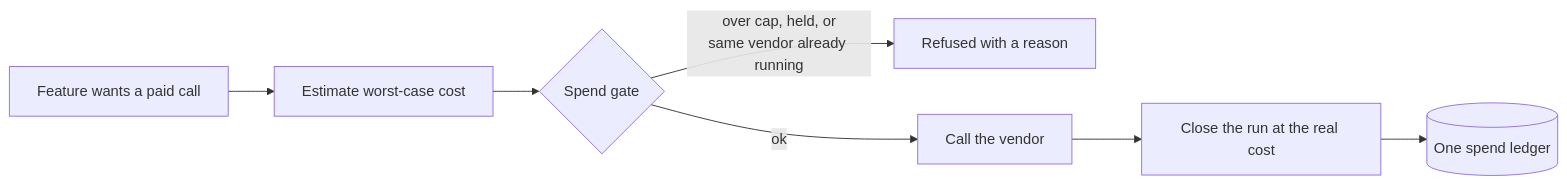
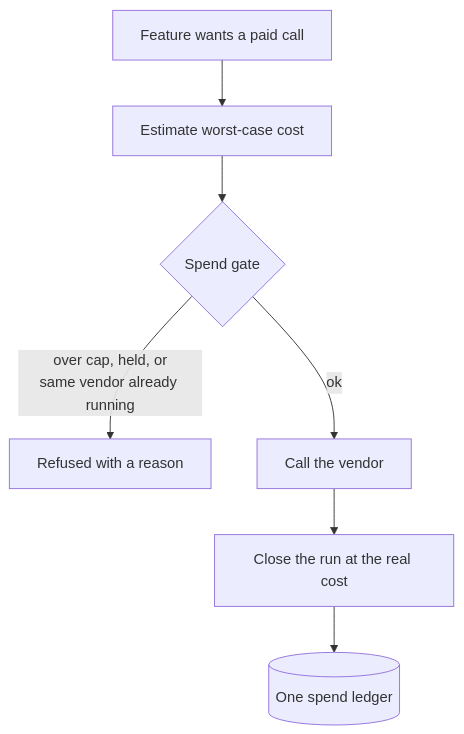
Before and after one commit to Trav54219/gtm-engineering-portfolio: the third of 6 diagrams in docs/case-studies/portal-architecture.md, drawn with Mermaid. The commit also changed other lines of this file, not shown here.

Commit message:
Portal architecture: fix lead-build diagram labels, vertical diagrams, align rows without logos

````diff
--- a/docs/case-studies/portal-architecture.md
+++ b/docs/case-studies/portal-architecture.md
@@ -157,9 +157,9 @@
 ```mermaid
-flowchart LR
+flowchart TD
   C[Feature wants a paid call] --> E[Estimate worst-case cost]
   E --> G{Spend gate}
   G -->|over cap, held, or<br/>same vendor already running| X[Refused with a reason]
   G -->|ok| P[Call the vendor]
   P --> L[Close the run at the real cost]
   L --> LED[(One spend ledger)]
 ```
````
